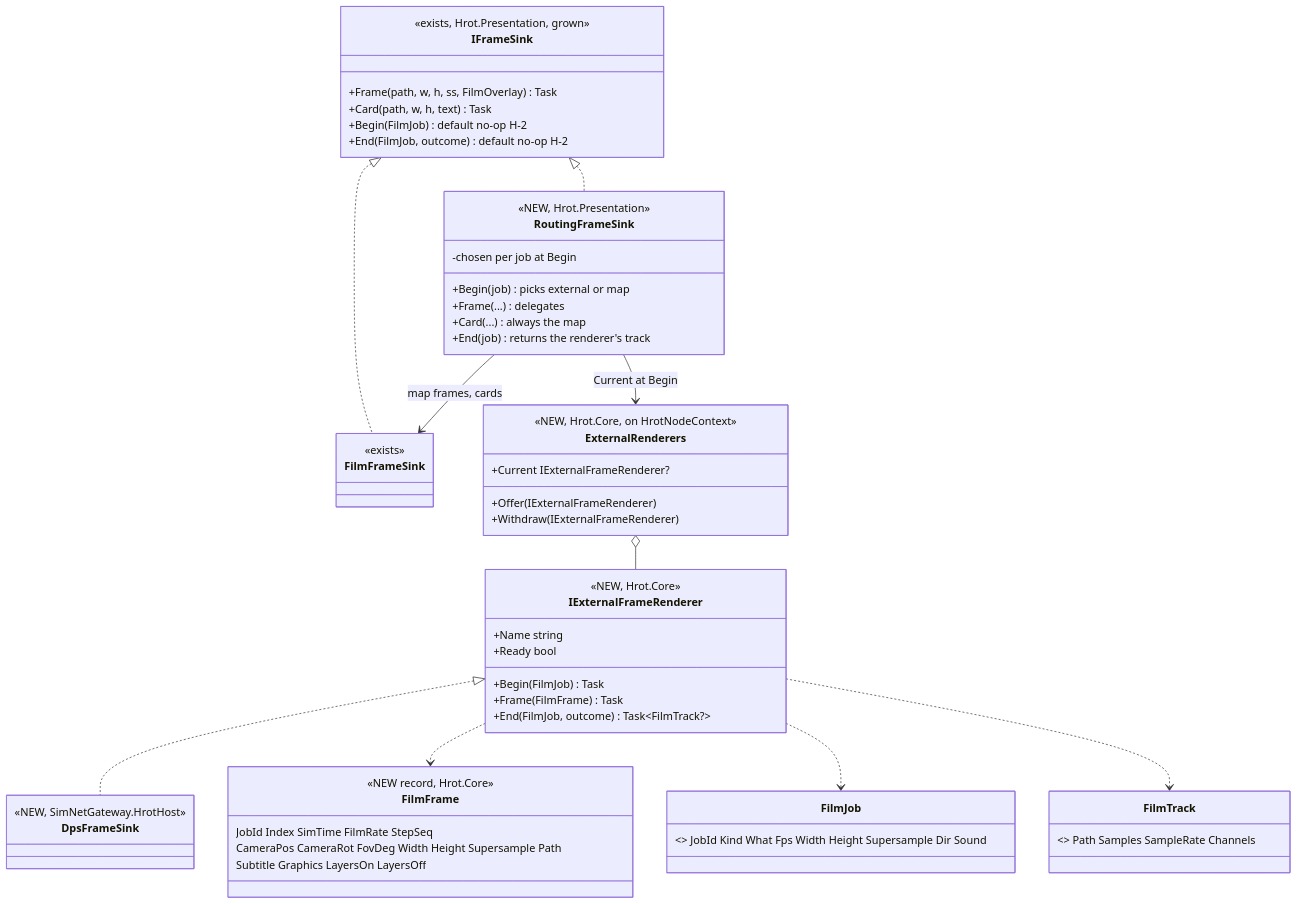
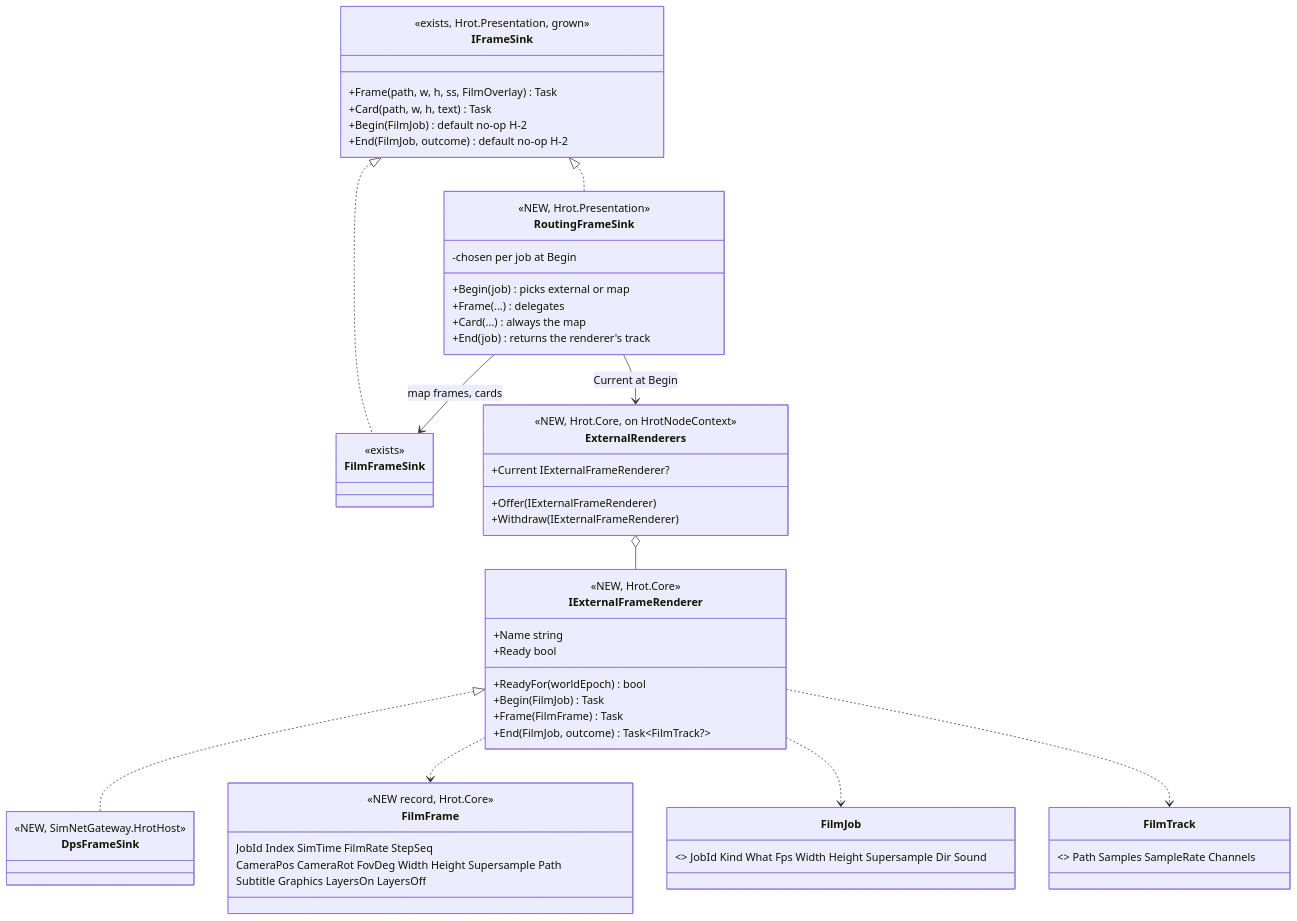
Before and after one commit to pjanec/HROT: the second of 4 diagrams in docs/designs/IG/DESIGN_External_Renderer_Director.md, drawn with Mermaid. The commit also changed other lines of this file, not shown here.

First line of the commit message:
CE-11018: design 2e - on a load nothing blocks the cluster; the director's runner holds the paused run until the external renderer is ReadyFor(worldEpoch)

````diff
--- a/docs/designs/IG/DESIGN_External_Renderer_Director.md
+++ b/docs/designs/IG/DESIGN_External_Renderer_Director.md
@@ -75,51 +75,52 @@
 ```mermaid
 classDiagram
   class IFrameSink {
     <<exists, Hrot.Presentation, grown>>
     +Frame(path, w, h, ss, FilmOverlay) Task
     +Card(path, w, h, text) Task
     +Begin(FilmJob) default no-op H-2
     +End(FilmJob, outcome) default no-op H-2
   }
   class FilmFrameSink { <<exists>> }
   class RoutingFrameSink {
     <<NEW, Hrot.Presentation>>
     -chosen per job at Begin
     +Begin(job) picks external or map
     +Frame(...) delegates
     +Card(...) always the map
     +End(job) returns the renderer's track
   }
   class IExternalFrameRenderer {
     <<NEW, Hrot.Core>>
     +Name string
     +Ready bool
+    +ReadyFor(worldEpoch) bool
     +Begin(FilmJob) Task
     +Frame(FilmFrame) Task
     +End(FilmJob, outcome) Task~FilmTrack?~
   }
   class ExternalRenderers {
     <<NEW, Hrot.Core, on HrotNodeContext>>
     +Offer(IExternalFrameRenderer)
     +Withdraw(IExternalFrameRenderer)
     +Current IExternalFrameRenderer?
   }
   class FilmFrame {
     <<NEW record, Hrot.Core>>
     JobId Index SimTime FilmRate StepSeq
     CameraPos CameraRot FovDeg Width Height Supersample Path
     Subtitle Graphics LayersOn LayersOff
   }
   class FilmJob { <<NEW record, Hrot.Core>> JobId Kind What Fps Width Height Supersample Dir Sound }
   class FilmTrack { <<NEW record, Hrot.Core>> Path Samples SampleRate Channels }
   class DpsFrameSink { <<NEW, SimNetGateway.HrotHost>> }
   IFrameSink <|.. FilmFrameSink
   IFrameSink <|.. RoutingFrameSink
   RoutingFrameSink --> FilmFrameSink : map frames, cards
   RoutingFrameSink --> ExternalRenderers : Current at Begin
   ExternalRenderers o-- IExternalFrameRenderer
   IExternalFrameRenderer <|.. DpsFrameSink
   IExternalFrameRenderer ..> FilmFrame
   IExternalFrameRenderer ..> FilmJob
   IExternalFrameRenderer ..> FilmTrack
 ```
````
